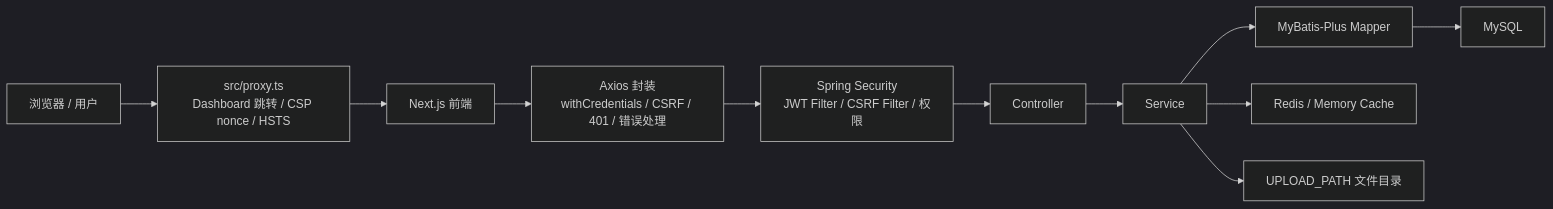
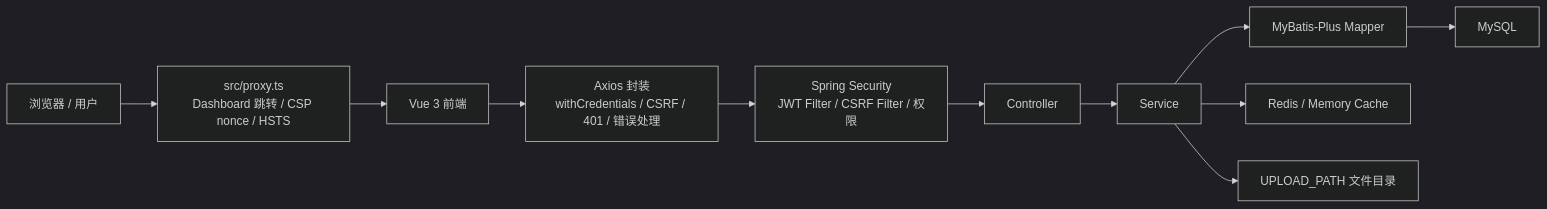
Before and after one commit to A1111-w/csa-official-platform: the diagram in docs/architecture.md, drawn with Mermaid (dark theme). The commit also changed other lines of this file and 164 other files, not shown here.

````diff
--- a/docs/architecture.md
+++ b/docs/architecture.md
@@ -11,25 +11,25 @@
 ```mermaid
 flowchart LR
   Browser["浏览器 / 用户"]
-  Next["Next.js 前端"]
+  Next["Vue 3 前端"]
   Proxy["src/proxy.ts<br/>Dashboard 跳转 / CSP nonce / HSTS"]
   Axios["Axios 封装<br/>withCredentials / CSRF / 401 / 错误处理"]
   Security["Spring Security<br/>JWT Filter / CSRF Filter / 权限"]
   Controller["Controller"]
   Service["Service"]
   Mapper["MyBatis-Plus Mapper"]
   DB["MySQL"]
   Cache["Redis / Memory Cache"]
   FileSystem["UPLOAD_PATH 文件目录"]
 
   Browser --> Proxy
   Proxy --> Next
   Next --> Axios
   Axios --> Security
   Security --> Controller
   Controller --> Service
   Service --> Mapper
   Mapper --> DB
   Service --> Cache
   Service --> FileSystem
 ```
````
